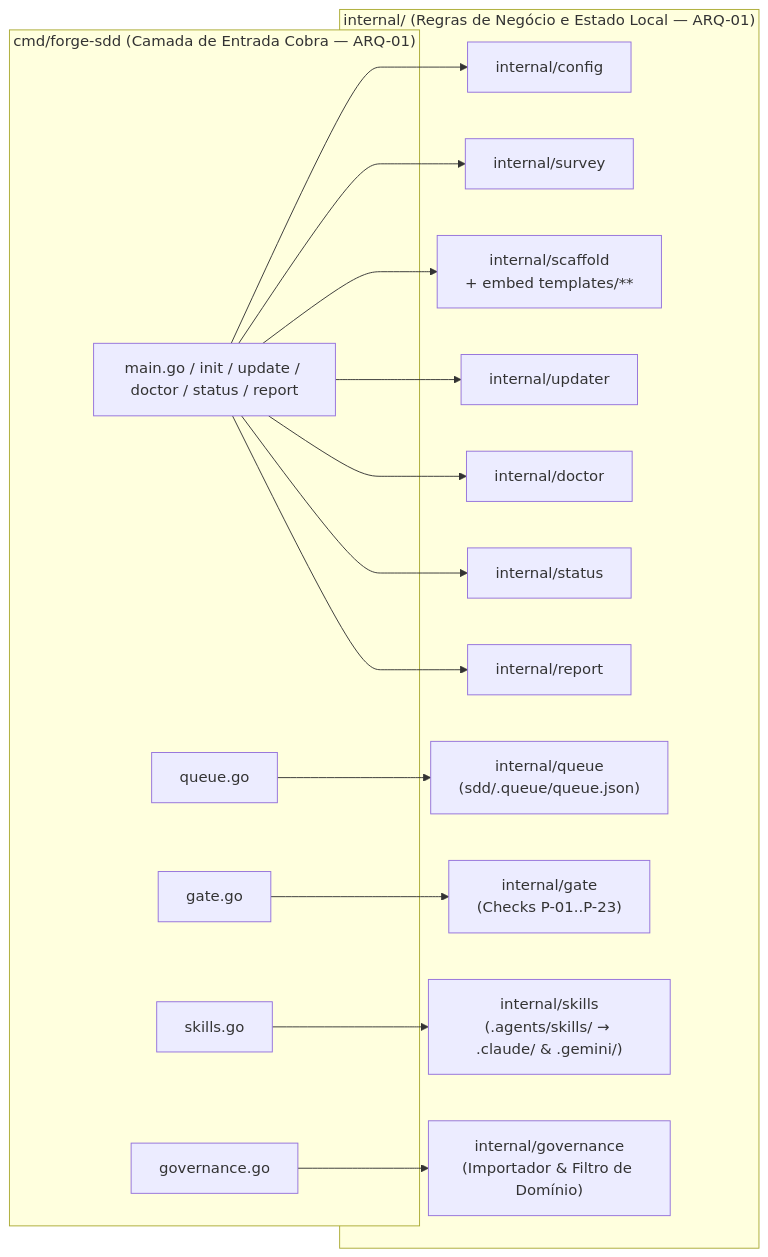
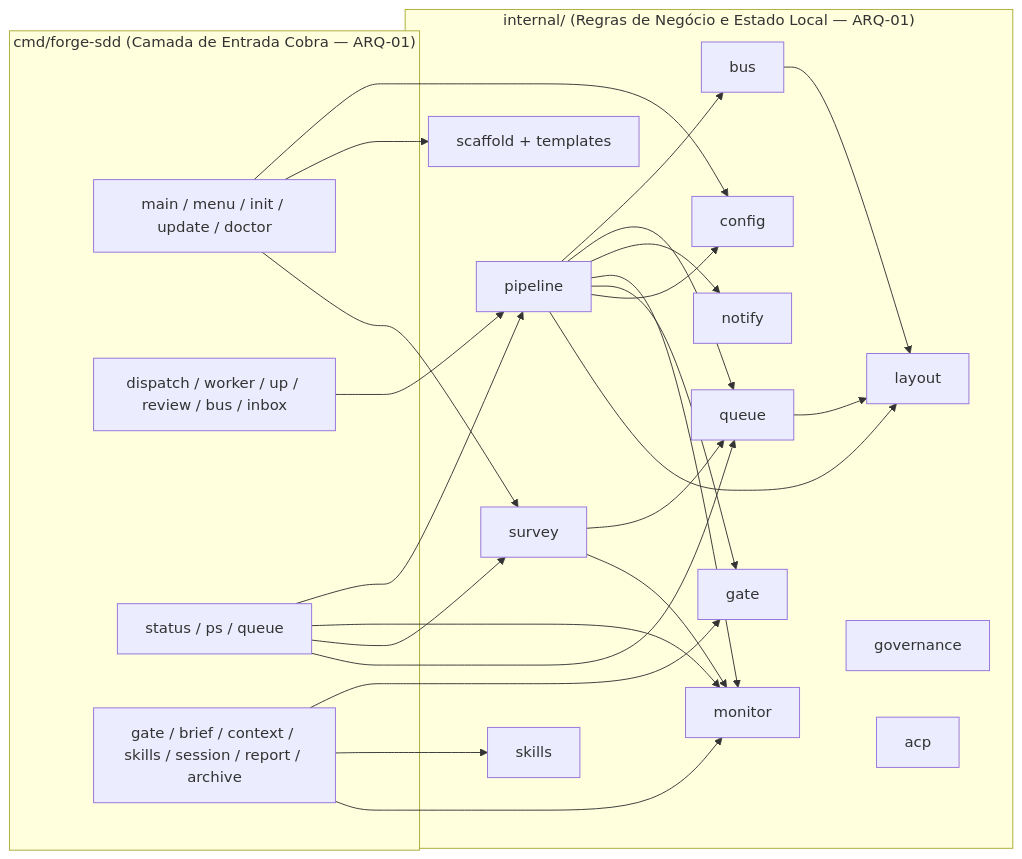
One commit to nathanramorim/forge-sdd changed the diagram in sdd/spec/modules.md. Above: the diagram before and after it, drawn with Mermaid. The commit also changed other lines of this file and 9 other files, not shown here.

````diff
--- a/sdd/spec/modules.md
+++ b/sdd/spec/modules.md
@@ -5,30 +5,34 @@
 ```mermaid
 flowchart LR
     subgraph CLI["cmd/forge-sdd (Camada de Entrada Cobra — ARQ-01)"]
-        M["main.go / init / update / doctor / status / report"]
-        CQ["queue.go"]
-        CG["gate.go"]
-        CS["skills.go"]
-        CGV["governance.go"]
+        M["main / menu / init / update / doctor"]
+        PIPE["dispatch / worker / up / review / bus / inbox"]
+        VIS["status / ps / queue"]
+        SUP["gate / brief / context / skills / session / report / archive"]
     end
 
     subgraph Core["internal/ (Regras de Negócio e Estado Local — ARQ-01)"]
-        CFG["internal/config"]
-        SUR["internal/survey"]
-        SCF["internal/scaffold<br/>+ embed templates/**"]
-        UPD["internal/updater"]
-        DOC["internal/doctor"]
-        STA["internal/status"]
-        REP["internal/report"]
-        QUE["internal/queue<br/>(sdd/.queue/queue.json)"]
-        GAT["internal/gate<br/>(Checks P-01..P-23)"]
-        SKL["internal/skills<br/>(.agents/skills/ → .claude/ & .gemini/)"]
-        GOV["internal/governance<br/>(Importador & Filtro de Domínio)"]
+        LAY["layout"]
+        CFG["config"]
+        BUS["bus"]
+        PIP["pipeline"]
+        QUE["queue"]
+        MON["monitor"]
+        SUR["survey"]
+        NOT["notify"]
+        GAT["gate"]
+        SKL["skills"]
+        SCF["scaffold + templates"]
+        GOV["governance"]
+        ACP["acp"]
     end
 
-    M --> CFG & SUR & SCF & UPD & DOC & STA & REP
-    CQ --> QUE
-    CG --> GAT
-    CS --> SKL
-    CGV --> GOV
+    M --> CFG & SCF & SUR
+    PIPE --> PIP
+    VIS --> PIP & MON & SUR & QUE
+    SUP --> GAT & SKL & MON
+    PIP --> BUS & QUE & NOT & MON & GAT & CFG & LAY
+    QUE --> LAY
+    BUS --> LAY
+    SUR --> QUE & MON
 ```
````
